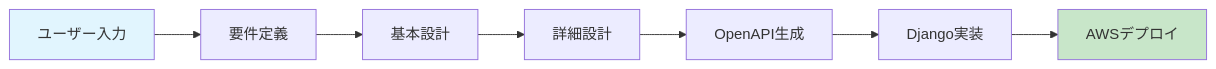
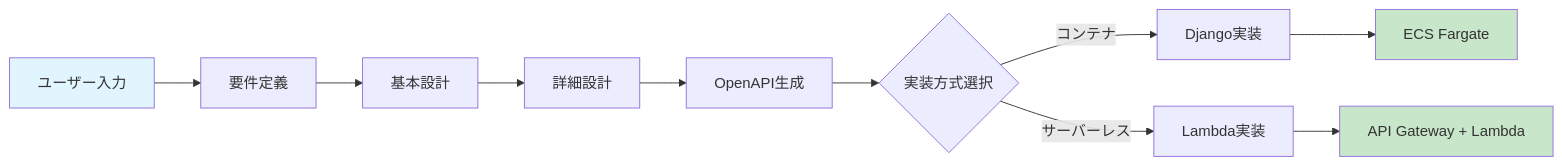
The first of 11 diagrams in docs/overview.md (sattva-improve/auto_deploy), drawn with Mermaid before and after one commit. The commit also changed other lines of this file and 4 other files, not shown here.

First line of the commit message:
Add OpenAPI to AWS Lambda conversion guide and update overview documentation

````diff
--- a/docs/overview.md
+++ b/docs/overview.md
@@ -36,12 +37,16 @@
 ```mermaid
 flowchart LR
     A[ユーザー入力] --> B[要件定義]
     B --> C[基本設計]
     C --> D[詳細設計]
     D --> E[OpenAPI生成]
-    E --> F[Django実装]
-    F --> G[AWSデプロイ]
+    E --> F{実装方式選択}
+    F -->|コンテナ| G1[Django実装]
+    F -->|サーバーレス| G2[Lambda実装]
+    G1 --> H1[ECS Fargate]
+    G2 --> H2[API Gateway + Lambda]
     
     style A fill:#e1f5fe
-    style G fill:#c8e6c9
+    style H1 fill:#c8e6c9
+    style H2 fill:#c8e6c9
 ```
````
